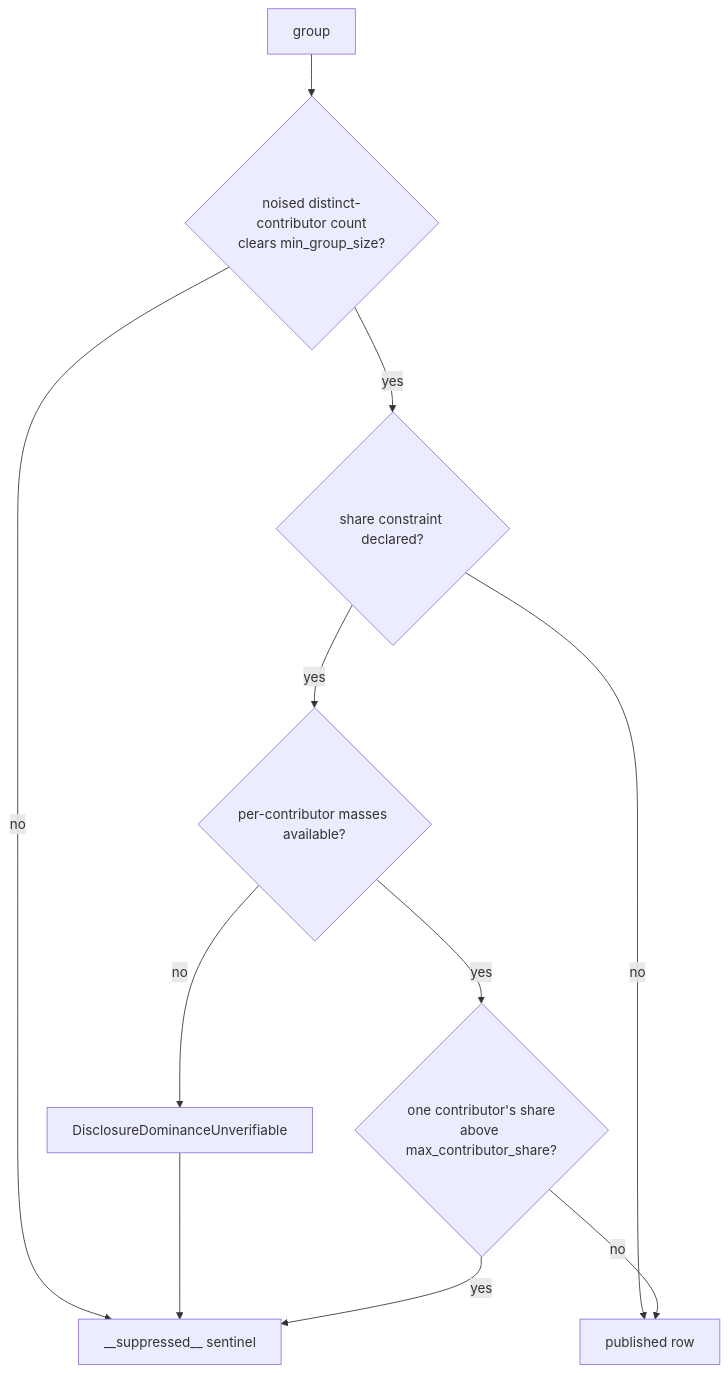
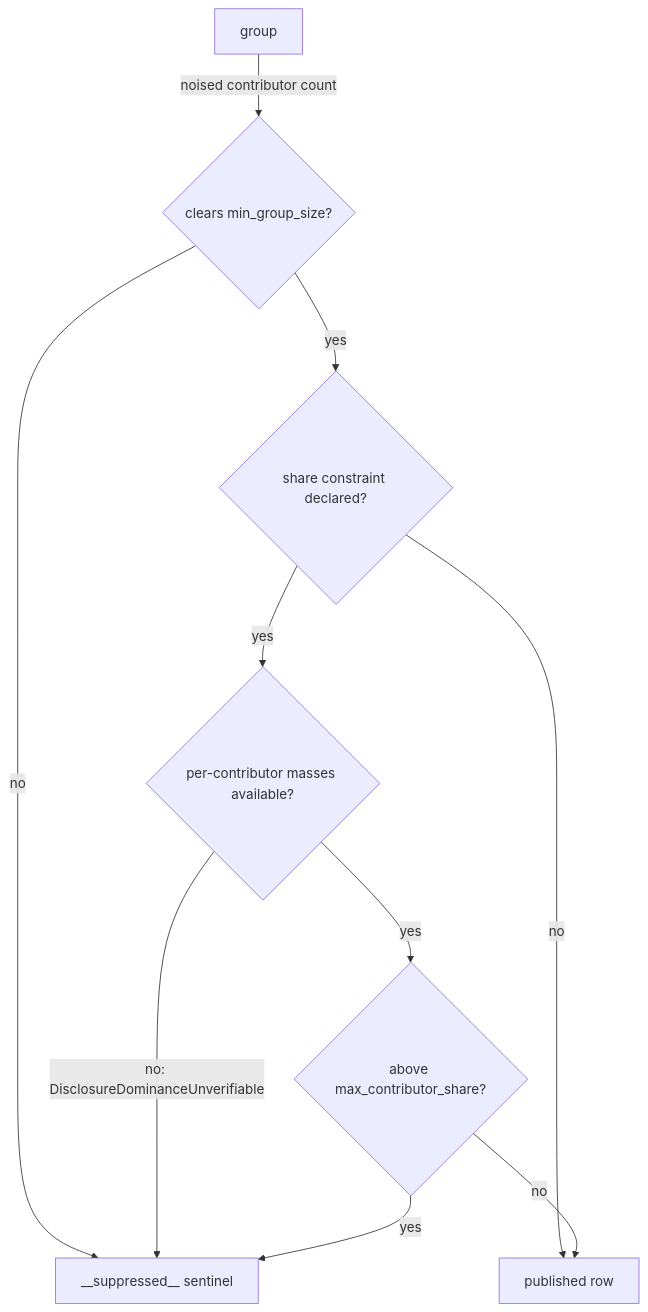
The second of 2 diagrams in spec/61-disclosure.md (fractalboxdev/contextful), drawn with Mermaid before and after one commit. The commit also changed other lines of this file and 24 other files, not shown here.

First line of the commit message:
spec: every flowchart draws one entity or process per node

````diff
--- a/spec/61-disclosure.md
+++ b/spec/61-disclosure.md
@@ -96,13 +96,12 @@
 ```mermaid
 flowchart TD
-  G["group"] --> SZ{"noised distinct-contributor count<br/>clears min_group_size?"}
+  G["group"] -- "noised contributor count" --> SZ{"clears min_group_size?"}
   SZ -- no --> S["__suppressed__ sentinel"]
   SZ -- yes --> SH{"share constraint declared?"}
   SH -- no --> P["published row"]
   SH -- yes --> AV{"per-contributor masses available?"}
-  AV -- no --> DU["DisclosureDominanceUnverifiable"]
-  DU --> S
-  AV -- yes --> DOM{"one contributor's share<br/>above max_contributor_share?"}
+  AV -- "no: DisclosureDominanceUnverifiable" --> S
+  AV -- yes --> DOM{"above max_contributor_share?"}
   DOM -- yes --> S
   DOM -- no --> P
 ```
````
